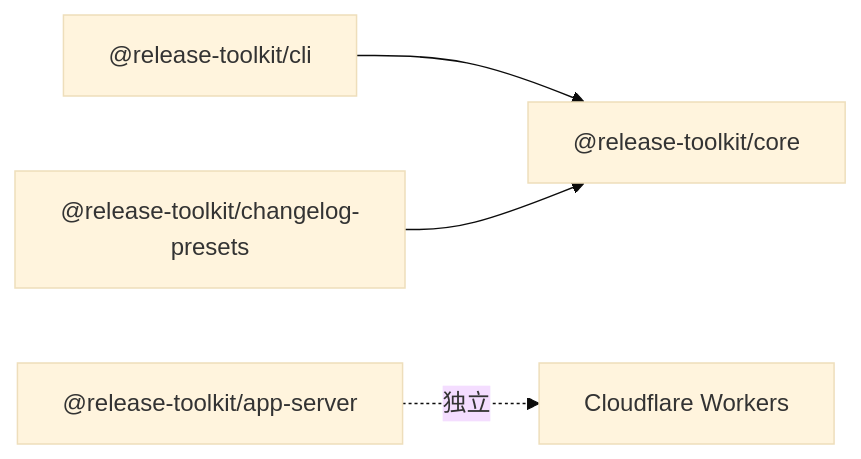
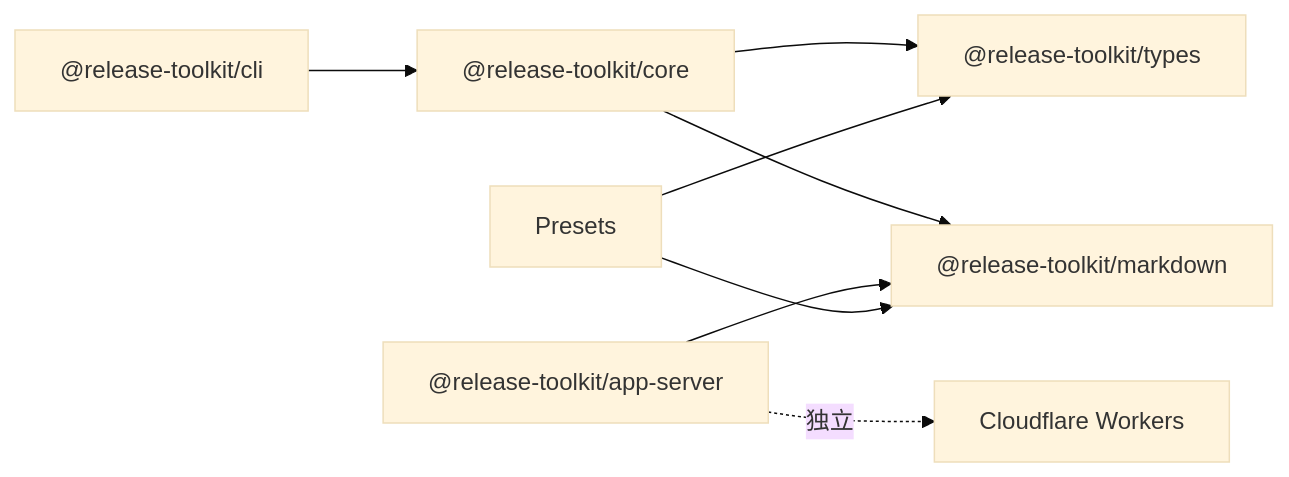
One commit to release-toolkit/release-toolkit changed the third of 3 diagrams in README.md. Above: the diagram before and after it, drawn with Mermaid (base theme). The commit also changed other lines of this file and 89 other files, not shown here.

Commit message:
feat(app-server): 增强 PR 日志处理与输出格式，支持 Markdown 工具和版本变更检测

````diff
--- a/README.md
+++ b/README.md
@@ -116,6 +118,10 @@
 ```mermaid
 graph LR
     CLI["@release-toolkit/cli"] --> Core["@release-toolkit/core"]
-    Presets["@release-toolkit/changelog-presets"] --> Core
+    Core --> Types["@release-toolkit/types"]
+    Core --> Markdown["@release-toolkit/markdown"]
+    AppServer --> Markdown
+    Presets --> Types
+    Presets --> Markdown
     AppServer["@release-toolkit/app-server"] -.->|独立| Env[Cloudflare Workers]
 ```
````
